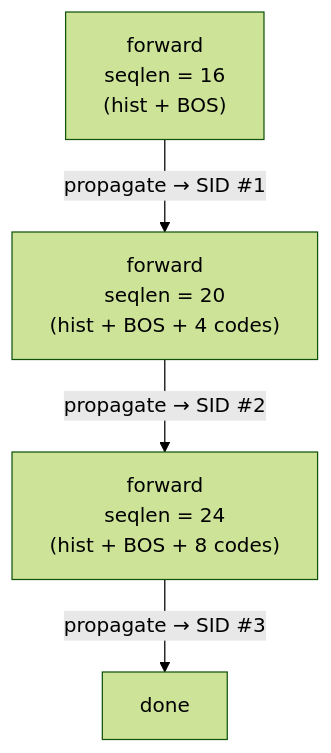
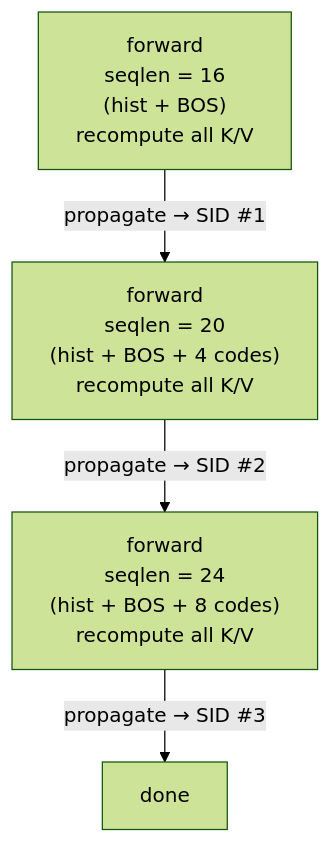
The second of 3 diagrams in examples/sid_gr/README.md (z52527/recsys-examples), drawn with Mermaid (forest theme) before and after one commit.

Commit message:
docs(sid_gr): pad left flow nodes to match right diagram's footprint
Each generate() node gets a 'recompute all K/V' tagline so the node
boxes match the right diagram's width and height. The text also makes
the contrast with the cached path explicit at a glance.

````diff
--- a/examples/sid_gr/README.md
+++ b/examples/sid_gr/README.md
@@ -124,9 +124,9 @@
 ```mermaid
 flowchart TB
-    N0["forward<br/>seqlen = 16<br/>(hist + BOS)"]
-    N1["forward<br/>seqlen = 20<br/>(hist + BOS + 4 codes)"]
-    N2["forward<br/>seqlen = 24<br/>(hist + BOS + 8 codes)"]
+    N0["forward<br/>seqlen = 16<br/>(hist + BOS)<br/>recompute all K/V"]
+    N1["forward<br/>seqlen = 20<br/>(hist + BOS + 4 codes)<br/>recompute all K/V"]
+    N2["forward<br/>seqlen = 24<br/>(hist + BOS + 8 codes)<br/>recompute all K/V"]
     N0 -- "propagate → SID #1" --> N1
     N1 -- "propagate → SID #2" --> N2
     N2 -- "propagate → SID #3" --> Ne["done"]
 ```
````
